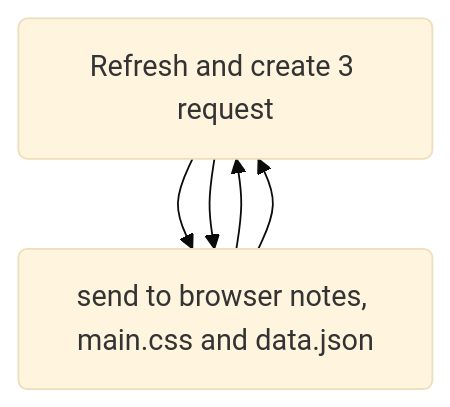
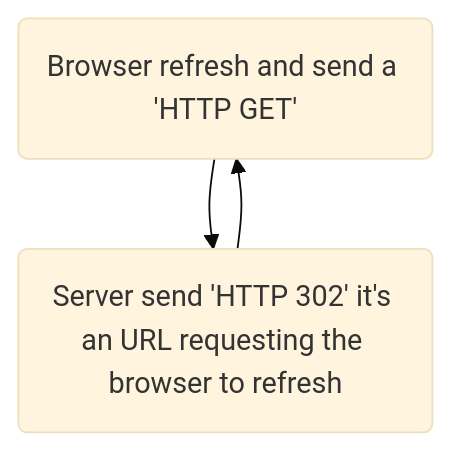
Before and after one commit to OmAn94/Markdown: the third of 4 diagrams in README.md, drawn with Mermaid (base theme). The commit also changed other lines of this file, not shown here.

````diff
--- a/README.md
+++ b/README.md
@@ -20,7 +20,5 @@
 ```mermaid
 graph TD;
 Browser(Send form creating 5 request to the server, first one send the form 'HTTP POST')-->Server(Responds with 'HTTP 302');
 Server(Server send 'HTTP 302' it's an URL requesting the browser to refresh)-->Browser(Browser refresh and send a 'HTTP GET');
-Browser(Browser sends 'HTTP GET' to server after refresh, triggering 3 requests)-->Server(Server recieve the request and send the data)
-Server(send to browser notes, main.css and data.json)-->Browser(Refresh and create 3 request);
 ```
````
